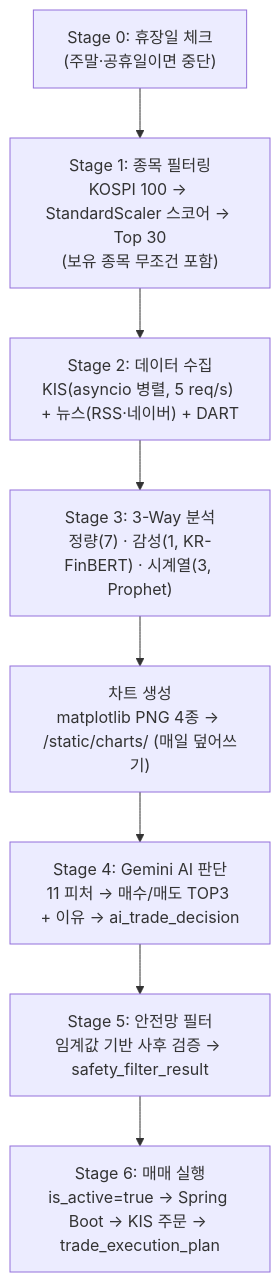
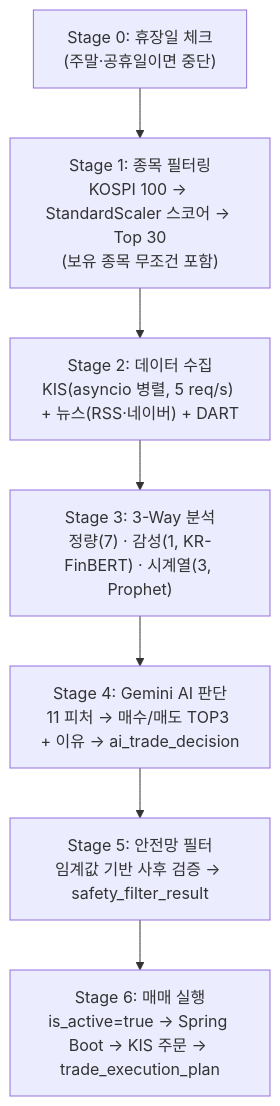
One commit to Lib0823/FinanceManageAgent-Project changed the second of 2 diagrams in _docs/ARCHITECTURE.md. Above: the diagram before and after it, drawn with Mermaid. The commit also changed other lines of this file and 7 other files, not shown here.

````diff
--- a/_docs/ARCHITECTURE.md
+++ b/_docs/ARCHITECTURE.md
@@ -72,13 +74,12 @@
 ```mermaid
 flowchart TD
     S0["Stage 0: 휴장일 체크<br/>(주말·공휴일이면 중단)"]
     S1["Stage 1: 종목 필터링<br/>KOSPI 100 → StandardScaler 스코어 → Top 30<br/>(보유 종목 무조건 포함)"]
     S2["Stage 2: 데이터 수집<br/>KIS(asyncio 병렬, 5 req/s) + 뉴스(RSS·네이버) + DART"]
     S3["Stage 3: 3-Way 분석<br/>정량(7) · 감성(1, KR-FinBERT) · 시계열(3, Prophet)"]
-    S4["차트 생성<br/>matplotlib PNG 4종 → /static/charts/ (매일 덮어쓰기)"]
     S5["Stage 4: Gemini AI 판단<br/>11 피처 → 매수/매도 TOP3 + 이유 → ai_trade_decision"]
     S6["Stage 5: 안전망 필터<br/>임계값 기반 사후 검증 → safety_filter_result"]
     S7["Stage 6: 매매 실행<br/>is_active=true → Spring Boot → KIS 주문 → trade_execution_plan"]
 
-    S0 --> S1 --> S2 --> S3 --> S4 --> S5 --> S6 --> S7
+    S0 --> S1 --> S2 --> S3 --> S5 --> S6 --> S7
 ```
````
